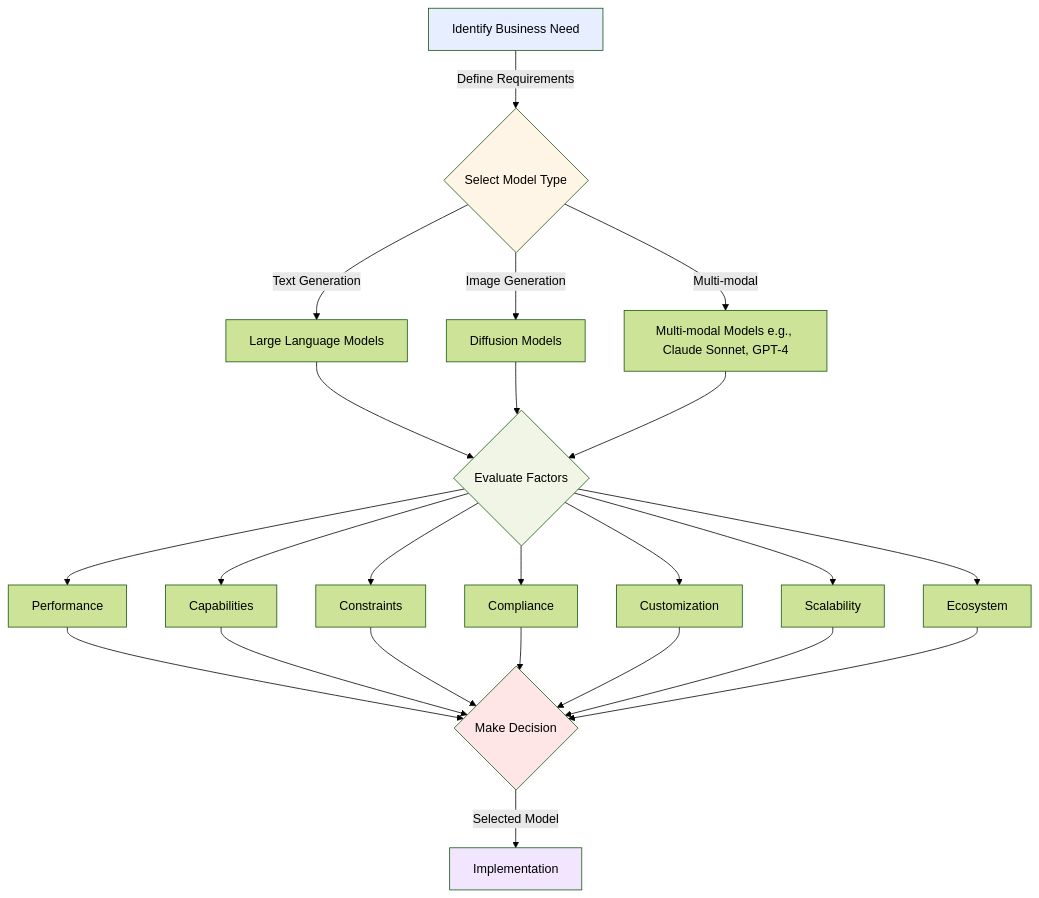
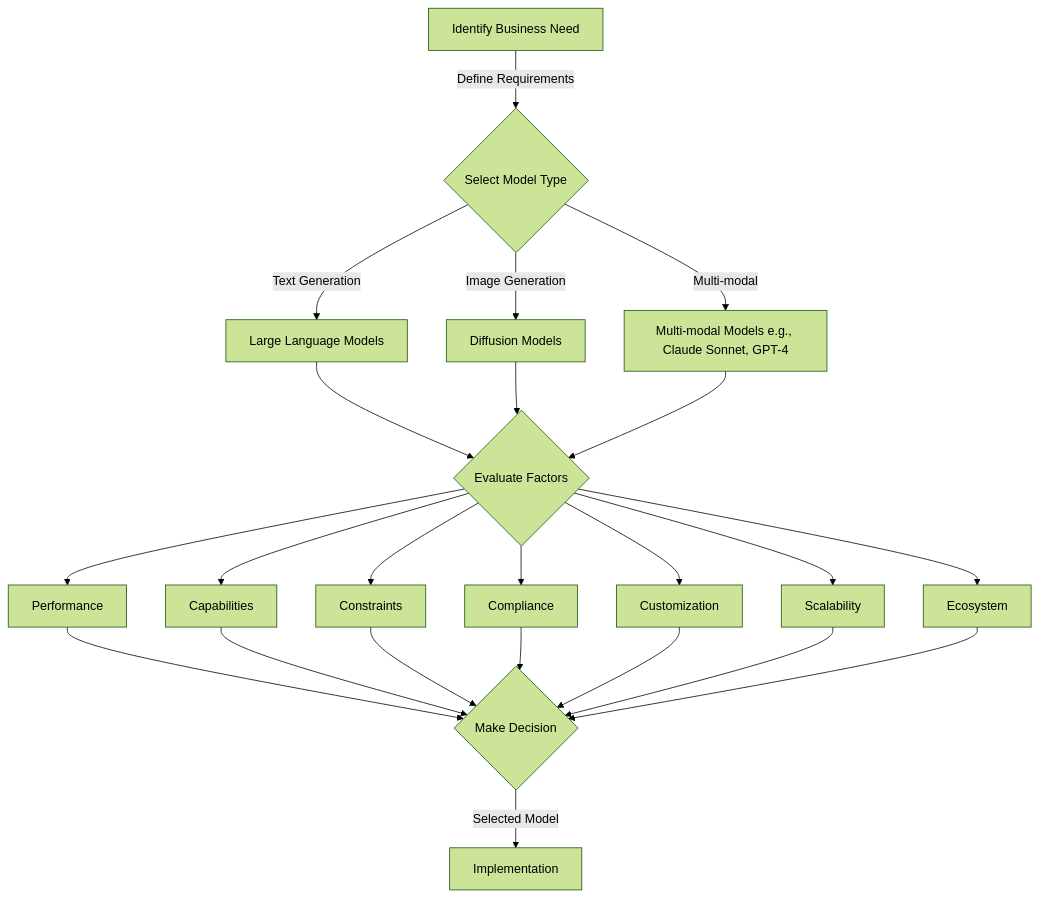
One commit to CloudCityPress/aws-aif-c01 changed the second of 2 diagrams in english/20_20_Capabilities_and_limitations_of_generative_AI.md. Above: the diagram before and after it, drawn with Mermaid (forest theme). The commit also changed other lines of this file and 16 other files, not shown here.

Commit message:
updating Mermaids

````diff
--- a/english/20_20_Capabilities_and_limitations_of_generative_AI.md
+++ b/english/20_20_Capabilities_and_limitations_of_generative_AI.md
@@ -281,24 +276,19 @@
 ```mermaid
 flowchart TD
     A[Identify Business Need] -->|Define Requirements| B{Select Model Type}
     B -->|Text Generation| C[Large Language Models]
     B -->|Image Generation| D[Diffusion Models]
     B -->|Multi-modal| E[Multi-modal Models e.g., Claude Sonnet, GPT-4]
     C --> F{Evaluate Factors}
     D --> F
     E --> F
     F --> G[Performance]
     F --> H[Capabilities]
     F --> I[Constraints]
     F --> J[Compliance]
     F --> K[Customization]
     F --> L[Scalability]
     F --> M[Ecosystem]
     G & H & I & J & K & L & M --> N{Make Decision}
     N -->|Selected Model| O[Implementation]
-    style A fill:#e6eeff
-    style B fill:#fff5e6
-    style F fill:#f0f5e6
-    style N fill:#ffe6e6
-    style O fill:#f2e6ff
 ```
````
